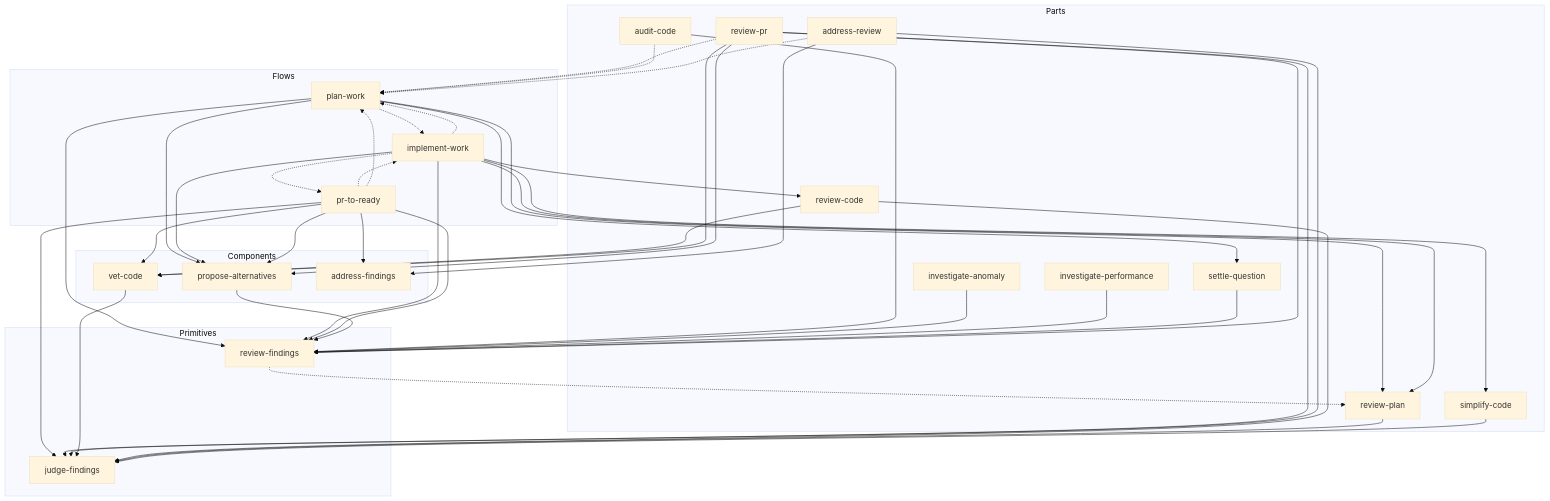
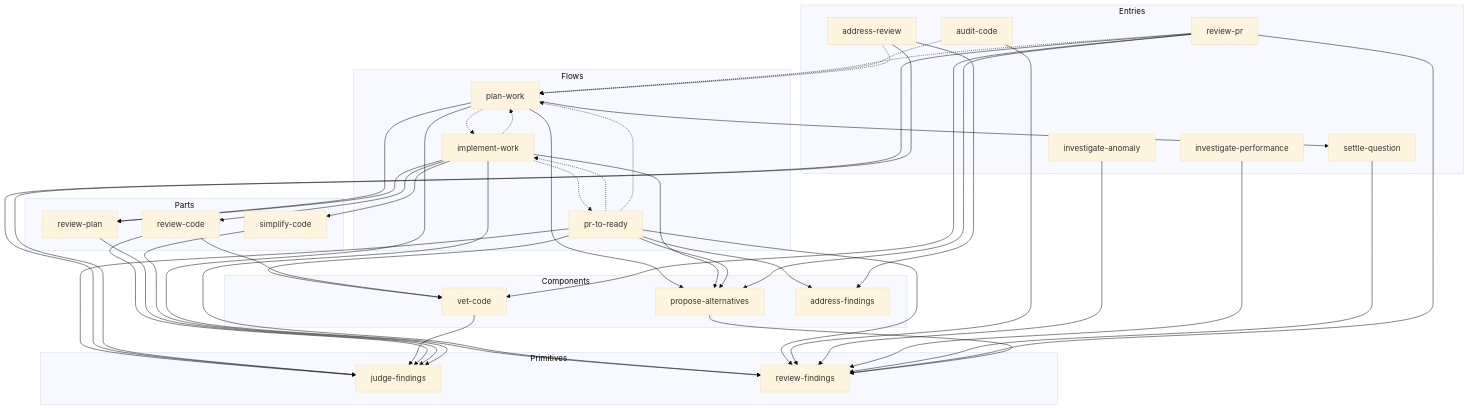
The first of 2 diagrams in README.md (yowcow/dude), drawn with Mermaid (base theme) before and after one commit. The commit also changed other lines of this file and 4 other files, not shown here.

````diff
--- a/README.md
+++ b/README.md
@@ -40,69 +40,70 @@
 ```mermaid
 flowchart TB
   subgraph Flows
     plan-work
     implement-work
     pr-to-ready
   end
+  subgraph Entries
+    review-pr
+    address-review
+    audit-code
+    settle-question
+    investigate-anomaly
+    investigate-performance
+  end
   subgraph Parts
     review-code
     review-plan
     simplify-code
-    review-pr
-    audit-code
-    settle-question
-    investigate-anomaly
-    investigate-performance
-    address-review
   end
   subgraph Components
     vet-code
     propose-alternatives
     address-findings
   end
   subgraph Primitives
     judge-findings
     review-findings
   end
 
   plan-work -.-> implement-work
   implement-work -.-> plan-work
   implement-work -.-> pr-to-ready
   pr-to-ready -.-> implement-work
   pr-to-ready -.-> plan-work
   review-pr -.-> plan-work
   audit-code -.-> plan-work
-  review-findings -.-> review-plan
   address-review -.-> plan-work
 
   plan-work --> review-plan
   plan-work --> settle-question
   plan-work --> propose-alternatives
   plan-work --> review-findings
   implement-work --> review-code
   implement-work --> review-plan
   implement-work --> simplify-code
   implement-work --> propose-alternatives
   implement-work --> review-findings
   pr-to-ready --> vet-code
   pr-to-ready --> judge-findings
   pr-to-ready --> propose-alternatives
   pr-to-ready --> review-findings
   pr-to-ready --> address-findings
   audit-code --> review-findings
   investigate-anomaly --> review-findings
   investigate-performance --> review-findings
   settle-question --> review-findings
   review-code --> vet-code
   review-pr --> vet-code
   review-pr --> judge-findings
   review-pr --> propose-alternatives
   review-pr --> review-findings
   address-review --> judge-findings
   address-review --> address-findings
   propose-alternatives --> review-findings
   vet-code --> judge-findings
   review-code --> judge-findings
   review-plan --> judge-findings
   simplify-code --> judge-findings
 ```
````
